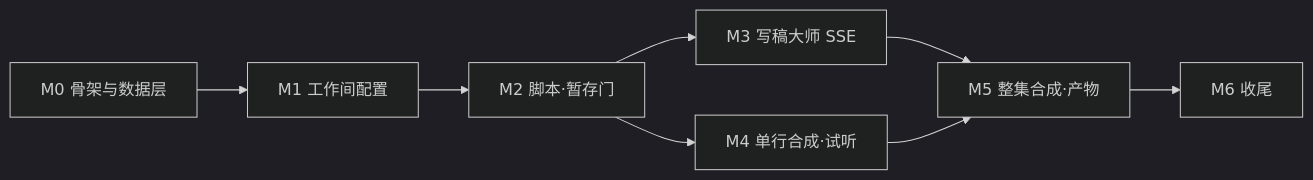
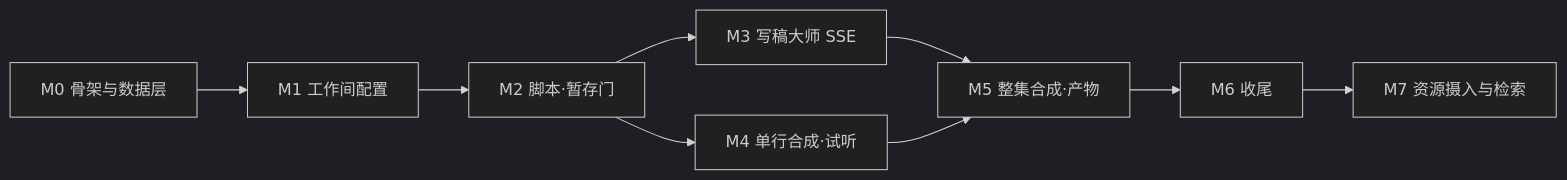
Before and after one commit to clerimia/AIPodCast: the diagram in docs/modules-and-phasing.md, drawn with Mermaid (dark theme). The commit also changed other lines of this file and 6 other files, not shown here.

````diff
--- a/docs/modules-and-phasing.md
+++ b/docs/modules-and-phasing.md
@@ -96,9 +104,10 @@
 ```mermaid
 flowchart LR
   M0[M0 骨架与数据层] --> M1[M1 工作间配置] --> M2[M2 脚本·暂存门]
   M2 --> M3[M3 写稿大师 SSE]
   M2 --> M4[M4 单行合成·试听]
   M3 --> M5[M5 整集合成·产物]
   M4 --> M5
   M5 --> M6[M6 收尾]
+  M6 --> M7[M7 资源摄入与检索]
 ```
````
